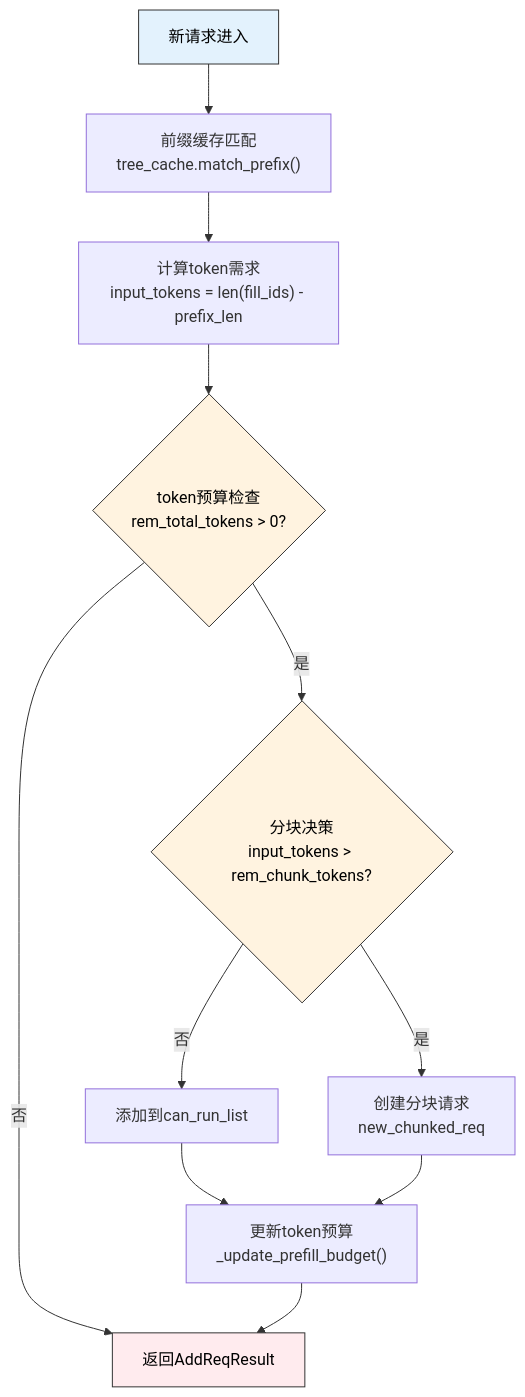
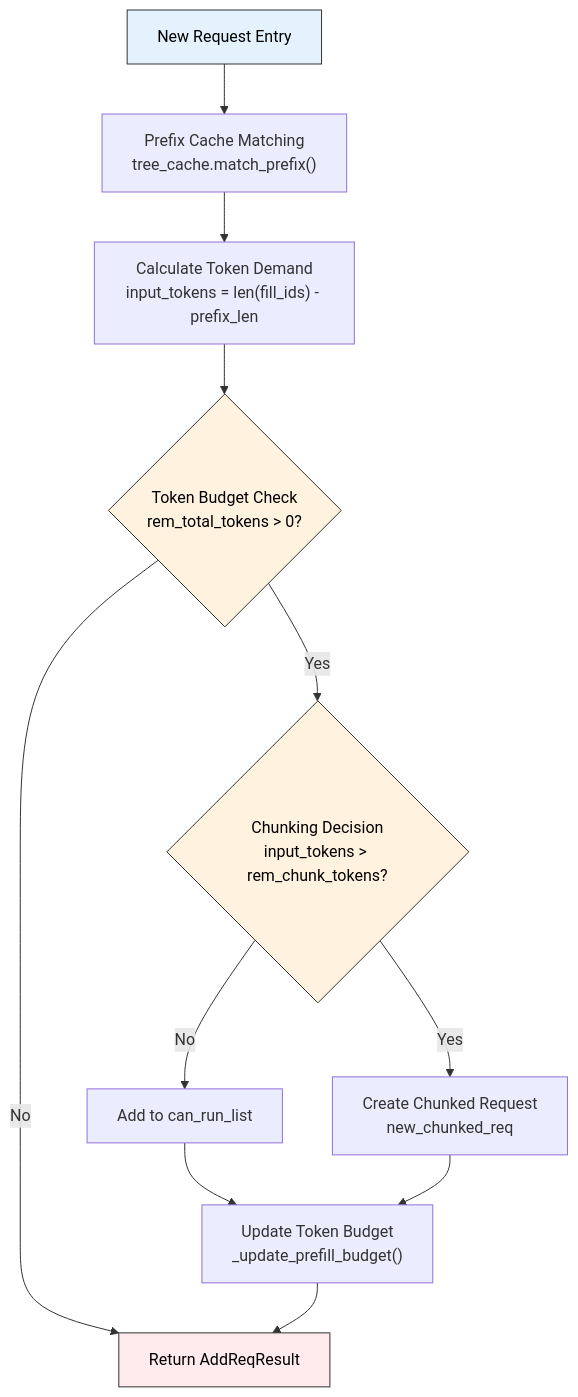
One commit to JRChen0927/sglang changed the fourth of 6 diagrams in SGLang开发者技术文档/01-调度器/04-批处理调度策略.md. Above: the diagram before and after it, drawn with Mermaid. The commit also changed other lines of this file, not shown here.

````diff
--- a/SGLang开发者技术文档/01-调度器/04-批处理调度策略.md
+++ b/SGLang开发者技术文档/01-调度器/04-批处理调度策略.md
@@ -373,28 +373,28 @@
 ```mermaid
 graph TD
-    A1["新请求进入"]
-    A2["前缀缓存匹配<br/>tree_cache.match_prefix()"]
-    A3["计算token需求<br/>input_tokens = len(fill_ids) - prefix_len"]
-    A4{"token预算检查<br/>rem_total_tokens > 0?"}
-    A5{"分块决策<br/>input_tokens > rem_chunk_tokens?"}
-    A6["添加到can_run_list"]
-    A7["创建分块请求<br/>new_chunked_req"]
-    A8["更新token预算<br/>_update_prefill_budget()"]
-    A9["返回AddReqResult"]
+    A1["New Request Entry"]
+    A2["Prefix Cache Matching<br/>tree_cache.match_prefix()"]
+    A3["Calculate Token Demand<br/>input_tokens = len(fill_ids) - prefix_len"]
+    A4{"Token Budget Check<br/>rem_total_tokens > 0?"}
+    A5{"Chunking Decision<br/>input_tokens > rem_chunk_tokens?"}
+    A6["Add to can_run_list"]
+    A7["Create Chunked Request<br/>new_chunked_req"]
+    A8["Update Token Budget<br/>_update_prefill_budget()"]
+    A9["Return AddReqResult"]
 
     A1 --> A2
     A2 --> A3
     A3 --> A4
-    A4 -->|是| A5
-    A4 -->|否| A9
-    A5 -->|否| A6
-    A5 -->|是| A7
+    A4 -->|Yes| A5
+    A4 -->|No| A9
+    A5 -->|No| A6
+    A5 -->|Yes| A7
     A6 --> A8
     A7 --> A8
     A8 --> A9
 
     style A1 fill:#e3f2fd,color:#000000,stroke:#333
     style A4 fill:#fff3e0,color:#000000,stroke:#333
     style A5 fill:#fff3e0,color:#000000,stroke:#333
     style A9 fill:#ffebee,color:#000000,stroke:#333
 ```
````
